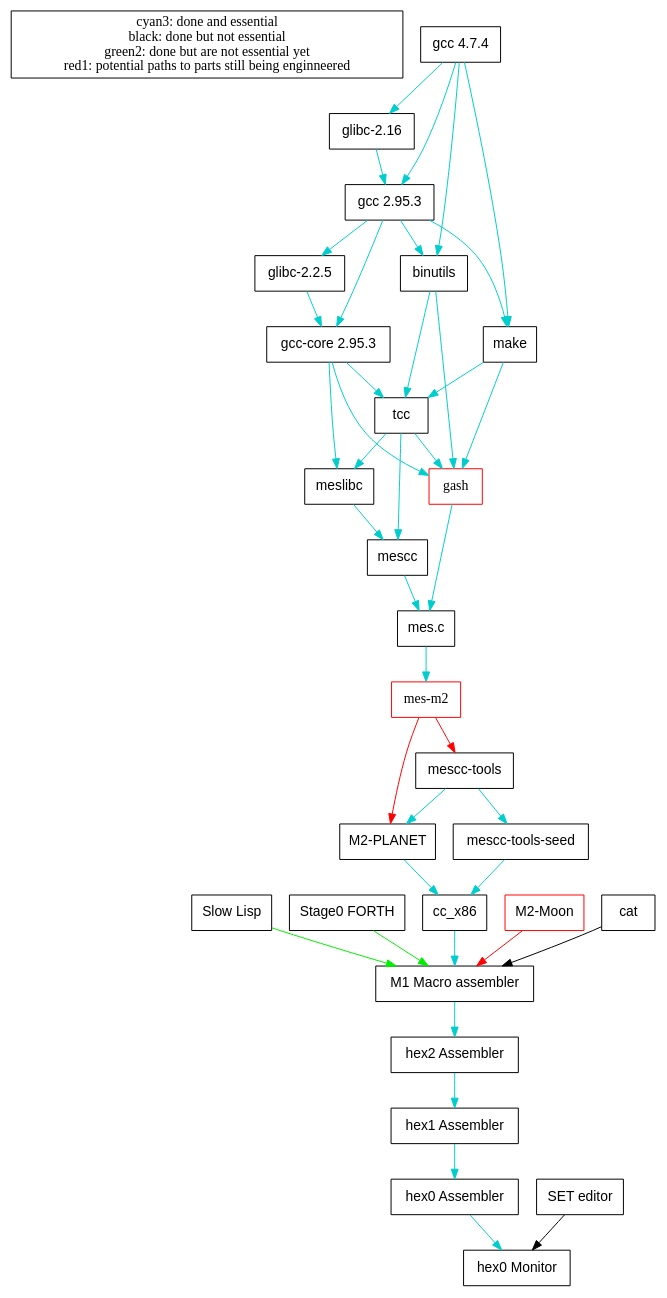
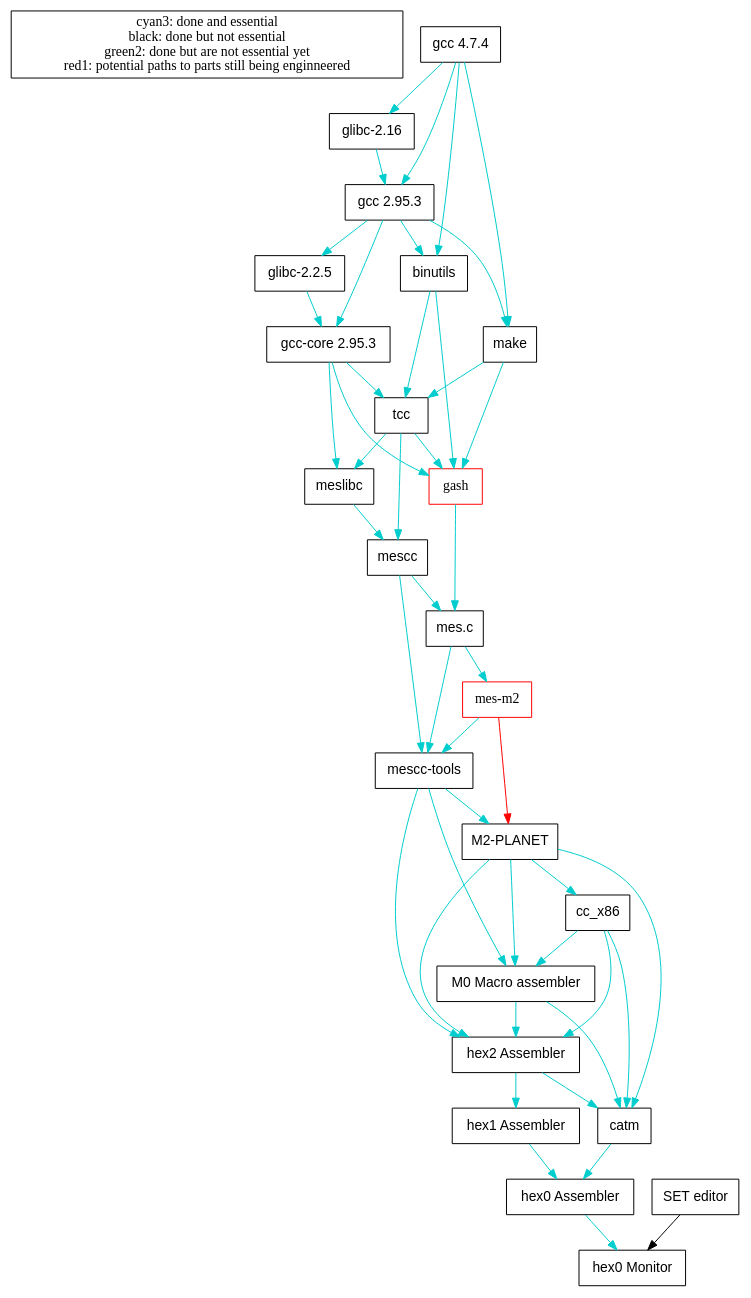
One commit to oriansj/talk-notes changed the diagram in Current bootstrap map.dot. Above: the diagram before and after it, drawn with Graphviz. The commit also changed 1 other file, not shown here.

```diff
--- a/Current bootstrap map.dot
+++ b/Current bootstrap map.dot
@@ -1,73 +1,75 @@
 digraph "Current bootstrap Map" {
 	"NULL"  [label = "cyan3: done and essential\nblack: done but not essential\ngreen2: done but are not essential yet\nred1: potential paths to parts still being enginneered", shape = box];
 
 	"hex0-monitor" [label = "hex0 Monitor", shape = box, fontname = Helvetica];
 	"hex0-assembler" [label = "hex0 Assembler", shape = box, fontname = Helvetica];
 	"hex1-assembler" [label = "hex1 Assembler", shape = box, fontname = Helvetica];
 	"hex2-assembler" [label = "hex2 Assembler", shape = box, fontname = Helvetica];
-	"M1-Macro" [label = "M1 Macro assembler", shape = box, fontname = Helvetica];
-	"Slow_Lisp" [label = "Slow Lisp", shape = box, fontname = Helvetica];
-	"Stage0-FORTH" [label = "Stage0 FORTH", shape = box, fontname = Helvetica];
+	"M0-Macro" [label = "M0 Macro assembler", shape = box, fontname = Helvetica];
 	"cc_x86" [label = "cc_x86", shape = box, fontname = Helvetica];
 	"M2-Planet" [label = "M2-PLANET", shape = box, fontname = Helvetica];
-	"M2-Moon" [label = "M2-Moon", color = red, shape = box, fontname = Helvetica];
-	"mescc-tools-seed" [label = "mescc-tools-seed", shape = box, fontname = Helvetica];
 	"mescc-tools" [label = "mescc-tools", shape = box, fontname = Helvetica];
 	"mes-m2" [label = "mes-m2", color = red, shape = box, fontname = Helventica];
 	"mes.c" [label = "mes.c", shape = box, fontname = Helvetica];
 	"mescc" [label = "mescc", shape = box, fontname = Helvetica];
 	"meslibc" [label = "meslibc", shape = box, fontname = Helvetica];
 	"gash" [label = "gash", color = red, shape = box, fontname = Helventica];
 	"tcc" [label = "tcc", shape = box, fontname = Helvetica];
 	"gcc-core 2.95.3" [label = "gcc-core 2.95.3", shape = box, fontname = Helvetica];
 	"make" [label = "make", shape = box, fontname = Helvetica];
 	"binutils" [label = "binutils", shape = box, fontname = Helvetica];
 	"glibc-2.2.5" [label = "glibc-2.2.5", shape = box, fontname = Helvetica];
 	"glibc-2.16" [label = "glibc-2.16", shape = box, fontname = Helvetica];
 	"gcc 2.95.3" [label = "gcc 2.95.3", shape = box, fontname = Helvetica];
 	"gcc 4.7.4" [label = "gcc 4.7.4", shape = box, fontname = Helvetica];
 
-	"cat" [label = "cat", shape = box, fontname = Helvetica];
+	"catm" [label = "catm", shape = box, fontname = Helvetica];
 	"SET" [label = "SET editor", shape = box, fontname = Helvetica];
 
+	"M0-Macro" -> "catm" [color = cyan3];
+	"M0-Macro" -> "hex2-assembler" [color = cyan3];
 	"SET" -> "hex0-monitor" [color = black];
+	"catm" -> "hex0-assembler" [color = cyan3];
+	"cc_x86" -> "M0-Macro" [color = cyan3];
+	"cc_x86" -> "catm" [color = cyan3];
+	"cc_x86" -> "hex2-assembler" [color = cyan3];
 	"hex0-assembler" -> "hex0-monitor" [color = cyan3];
 	"hex1-assembler" -> "hex0-assembler" [color = cyan3];
+	"hex2-assembler" -> "catm" [color = cyan3];
 	"hex2-assembler" -> "hex1-assembler" [color = cyan3];
-	"M1-Macro" -> "hex2-assembler" [color = cyan3];
-	"cat" -> "M1-Macro" [color = black];
-	"Slow_Lisp" -> "M1-Macro" [color = green2];
-	"Stage0-FORTH" -> "M1-Macro" [color = green2];
-	"cc_x86" -> "M1-Macro" [color = cyan3];
 	"M2-Planet" -> "cc_x86" [color = cyan3];
-	"M2-Moon" -> "M1-Macro" [color = red1];
+	"M2-Planet" -> "catm" [color = cyan3];
+	"M2-Planet" -> "M0-Macro" [color = cyan3];
+	"M2-Planet" -> "hex2-assembler" [color = cyan3];
 	"mes-m2" -> "M2-Planet" [color = red1];
-	"mescc-tools-seed" -> "cc_x86" [color = cyan3];
-	"mescc-tools" -> "mescc-tools-seed" [color = cyan3];
+	"mes-m2" -> "mescc-tools" [color = cyan3];
+	"mescc-tools" -> "M0-Macro" [color = cyan3];
+	"mescc-tools" -> "hex2-assembler" [color = cyan3];
 	"mescc-tools" -> "M2-Planet" [color = cyan3];
-	"mes-m2" -> "mescc-tools" [color = red1];
 	"mes.c" -> "mes-m2" [color = cyan3];
+	"mes.c" -> "mescc-tools" [color = cyan3];
 	"mescc" -> "mes.c" [color = cyan3];
+	"mescc" -> "mescc-tools" [color = cyan3];
 	"gash" -> "mes.c" [color = cyan3];
 	"tcc" -> "gash" [color = cyan3];
 	"tcc" -> "mescc" [color = cyan3];
 	"meslibc" -> "mescc" [color = cyan3];
 	"tcc" -> "meslibc" [color = cyan3];
 	"gcc-core 2.95.3" -> "tcc" [color = cyan3];
 	"make" -> "tcc" [color = cyan3];
 	"binutils" -> "tcc" [color = cyan3];
 	"gcc-core 2.95.3" -> "gash" [color = cyan3];
 	"binutils" -> "gash" [color = cyan3];
 	"make" -> "gash" [color = cyan3];
 	"gcc-core 2.95.3" -> "meslibc" [color = cyan3];
 	"glibc-2.2.5" -> "gcc-core 2.95.3" [color = cyan3];
 	"gcc 2.95.3" -> "gcc-core 2.95.3" [color = cyan3];
 	"gcc 2.95.3" -> "make" [color = cyan3];
 	"gcc 2.95.3" -> "binutils" [color = cyan3];
 	"gcc 4.7.4" -> "make" [color = cyan3];
 	"gcc 4.7.4" -> "binutils" [color = cyan3];
 	"gcc 2.95.3" -> "glibc-2.2.5" [color = cyan3];
 	"glibc-2.16" -> "gcc 2.95.3" [color = cyan3];
 	"gcc 4.7.4" -> "gcc 2.95.3" [color = cyan3];
 	"gcc 4.7.4" -> "glibc-2.16" [color = cyan3];
 }
```
